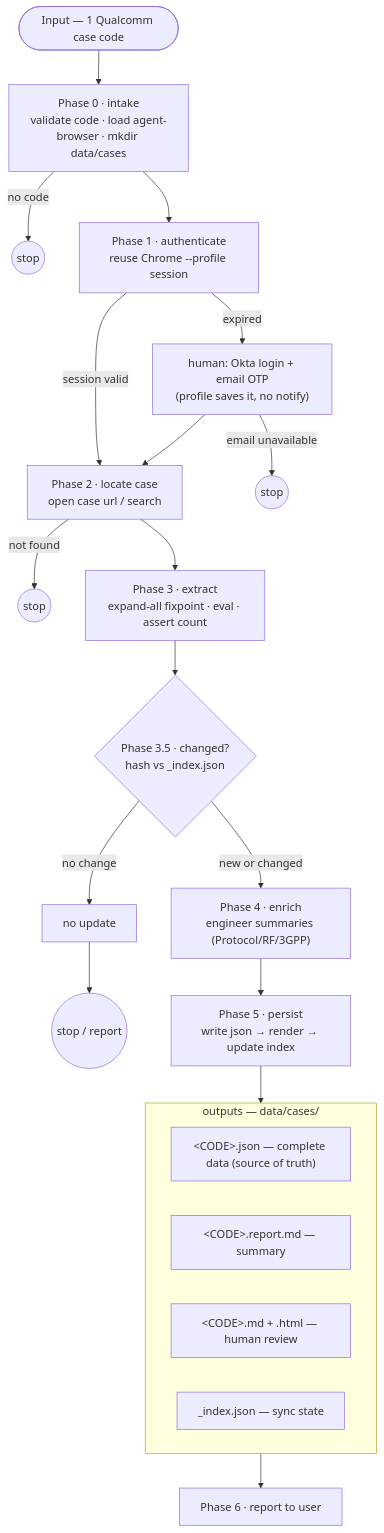
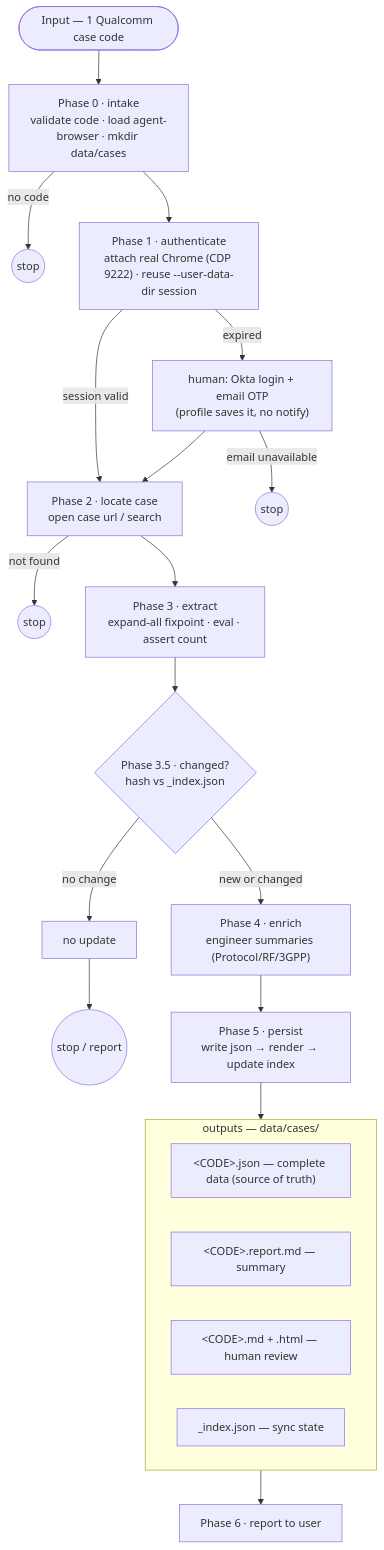
One commit to congtubkbn/qualcomm-case-agent changed the diagram in .claude/skills/qualcomm-case-agent/references/workflow.md. Above: the diagram before and after it, drawn with Mermaid. The commit also changed other lines of this file and 6 other files, not shown here.

````diff
--- a/.claude/skills/qualcomm-case-agent/references/workflow.md
+++ b/.claude/skills/qualcomm-case-agent/references/workflow.md
@@ -9,24 +9,24 @@
 ```mermaid
 flowchart TD
   IN(["Input — 1 Qualcomm case code"]) --> P0["Phase 0 · intake<br/>validate code · load agent-browser · mkdir data/cases"]
   P0 -->|no code| S0((stop))
-  P0 --> P1["Phase 1 · authenticate<br/>reuse Chrome --profile session"]
+  P0 --> P1["Phase 1 · authenticate<br/>attach real Chrome (CDP 9222) · reuse --user-data-dir session"]
   P1 -->|session valid| P2
   P1 -->|expired| LG["human: Okta login + email OTP<br/>(profile saves it, no notify)"]
   LG -->|email unavailable| S1((stop))
   LG --> P2["Phase 2 · locate case<br/>open case url / search"]
   P2 -->|not found| S2((stop))
   P2 --> P3["Phase 3 · extract<br/>expand-all fixpoint · eval · assert count"]
   P3 --> CHK{"Phase 3.5 · changed?<br/>hash vs _index.json"}
   CHK -->|no change| NUP["no update"] --> S3((stop / report))
   CHK -->|new or changed| P4["Phase 4 · enrich<br/>engineer summaries (Protocol/RF/3GPP)"]
   P4 --> P5["Phase 5 · persist<br/>write json → render → update index"]
   P5 --> OUT
   subgraph OUT["outputs — data/cases/"]
     O1["&lt;CODE&gt;.json — complete data (source of truth)"]
     O2["&lt;CODE&gt;.report.md — summary"]
     O3["&lt;CODE&gt;.md + .html — human review"]
     O4["_index.json — sync state"]
   end
   OUT --> P6["Phase 6 · report to user"]
 ```
````
